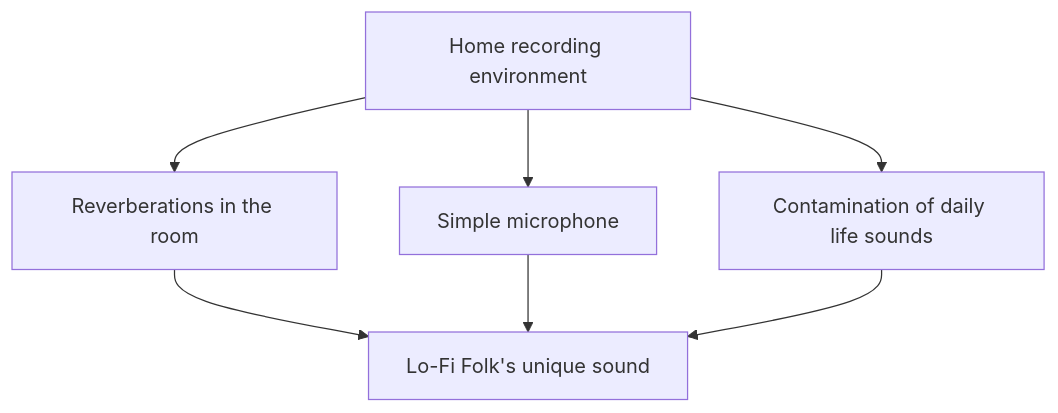
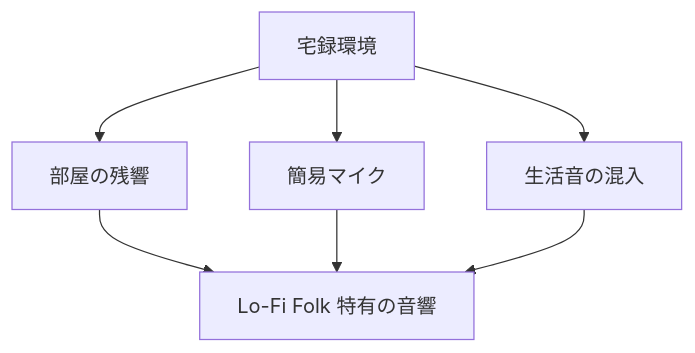
One commit to monumental-movement/monumental-movement.github.io changed the second of 2 diagrams in en/_posts/2025-12-12-column-lo-fi-folk-bedroom-folk.md. Above: the diagram before and after it, drawn with Mermaid. The commit also changed other lines of this file and 2196 other files, not shown here.

```diff
--- a/en/_posts/2025-12-12-column-lo-fi-folk-bedroom-folk.md
+++ b/en/_posts/2025-12-12-column-lo-fi-folk-bedroom-folk.md
@@ -173,10 +172,10 @@
 <div class="mermaid">
 flowchart TD
-    A["Home recording environment"] --> B["Reverberations in the room"]
-    A --> C["Simple microphone"]
-    A --> D["Contamination of daily life sounds"]
-    B --> E["Intimate sound image"]
+    A["宅録環境"] --> B["部屋の残響"]
+    A --> C["簡易マイク"]
+    A --> D["生活音の混入"]
+    B --> E["親密な音像"]
     C --> E
     D --> E
-    E["Lo-Fi Folk's unique sound"]
+    E["Lo-Fi Folk 特有の音響"]
 </div>
```
